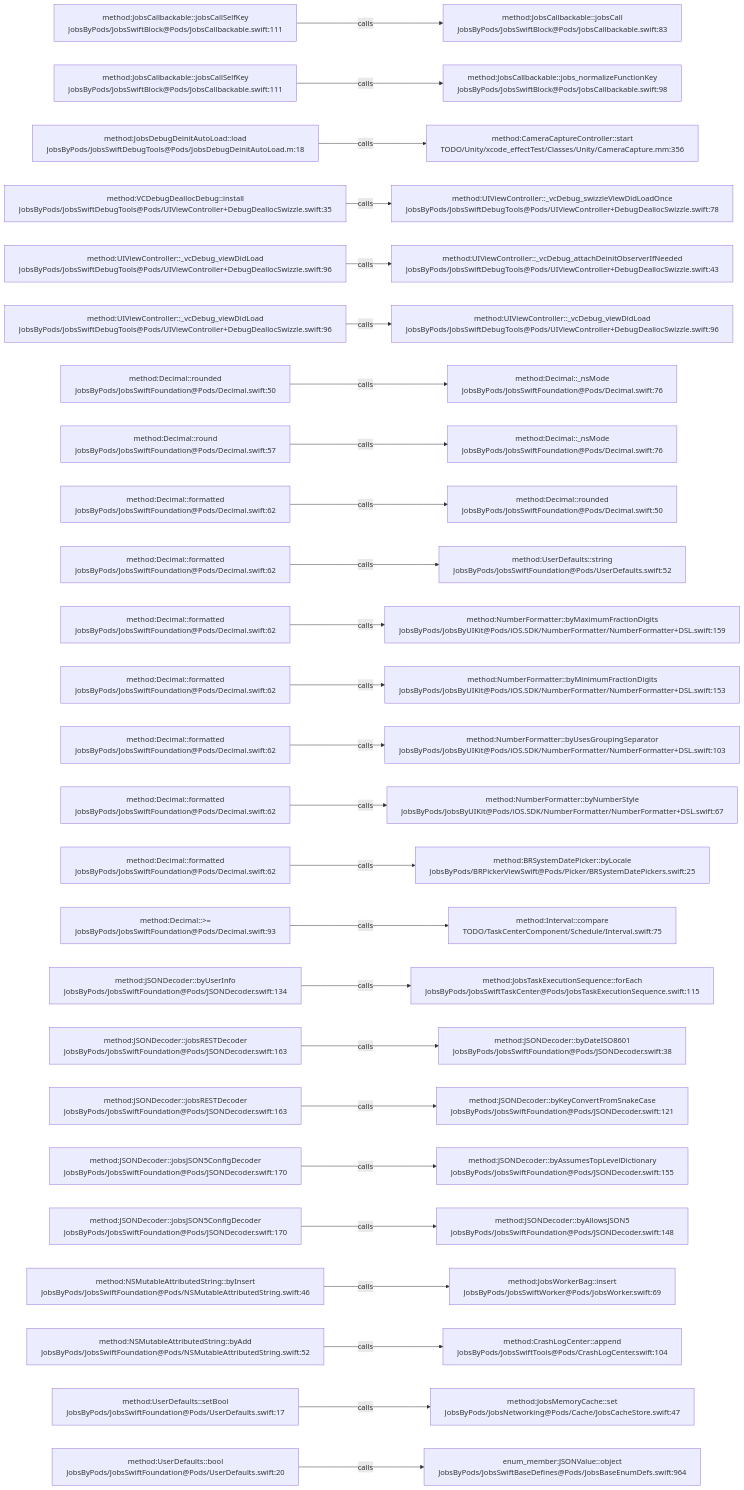
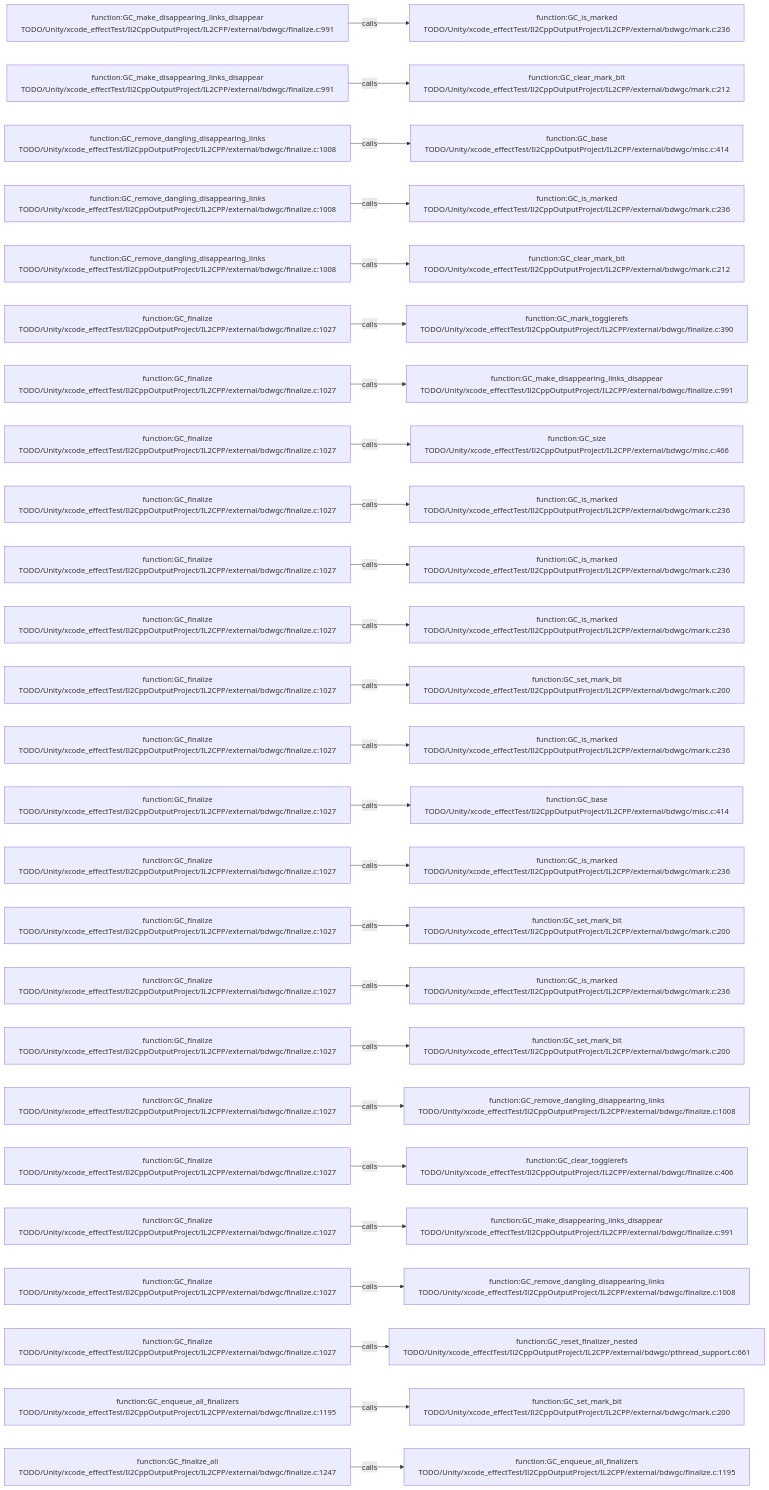
Before and after one commit to JobsKits/JobsSwiftBaseConfigDemo: the diagram in .codegraph/codegraph.md/graphs/calls-177.md, drawn with Mermaid. The commit also changed 569 other files, not shown here.

````diff
--- a/.codegraph/codegraph.md/graphs/calls-177.md
+++ b/.codegraph/codegraph.md/graphs/calls-177.md
@@ -13,78 +13,78 @@
 ```mermaid
 flowchart LR
-  S1["method:JobsCallbackable::jobsCallSelfKey<br/>JobsByPods/JobsSwiftBlock@Pods/JobsCallbackable.swift:111"]
-  T1["method:JobsCallbackable::jobsCall<br/>JobsByPods/JobsSwiftBlock@Pods/JobsCallbackable.swift:83"]
+  S1["function:GC_make_disappearing_links_disappear<br/>TODO/Unity/xcode_effectTest/Il2CppOutputProject/IL2CPP/external/bdwgc/finalize.c:991"]
+  T1["function:GC_is_marked<br/>TODO/Unity/xcode_effectTest/Il2CppOutputProject/IL2CPP/external/bdwgc/mark.c:236"]
   S1 -->|calls| T1
-  S2["method:JobsCallbackable::jobsCallSelfKey<br/>JobsByPods/JobsSwiftBlock@Pods/JobsCallbackable.swift:111"]
-  T2["method:JobsCallbackable::jobs_normalizeFunctionKey<br/>JobsByPods/JobsSwiftBlock@Pods/JobsCallbackable.swift:98"]
+  S2["function:GC_make_disappearing_links_disappear<br/>TODO/Unity/xcode_effectTest/Il2CppOutputProject/IL2CPP/external/bdwgc/finalize.c:991"]
+  T2["function:GC_clear_mark_bit<br/>TODO/Unity/xcode_effectTest/Il2CppOutputProject/IL2CPP/external/bdwgc/mark.c:212"]
   S2 -->|calls| T2
-  S3["method:JobsDebugDeinitAutoLoad::load<br/>JobsByPods/JobsSwiftDebugTools@Pods/JobsDebugDeinitAutoLoad.m:18"]
-  T3["method:CameraCaptureController::start<br/>TODO/Unity/xcode_effectTest/Classes/Unity/CameraCapture.mm:356"]
+  S3["function:GC_remove_dangling_disappearing_links<br/>TODO/Unity/xcode_effectTest/Il2CppOutputProject/IL2CPP/external/bdwgc/finalize.c:1008"]
+  T3["function:GC_base<br/>TODO/Unity/xcode_effectTest/Il2CppOutputProject/IL2CPP/external/bdwgc/misc.c:414"]
   S3 -->|calls| T3
-  S4["method:VCDebugDeallocDebug::install<br/>JobsByPods/JobsSwiftDebugTools@Pods/UIViewController+DebugDeallocSwizzle.swift:35"]
-  T4["method:UIViewController::_vcDebug_swizzleViewDidLoadOnce<br/>JobsByPods/JobsSwiftDebugTools@Pods/UIViewController+DebugDeallocSwizzle.swift:78"]
+  S4["function:GC_remove_dangling_disappearing_links<br/>TODO/Unity/xcode_effectTest/Il2CppOutputProject/IL2CPP/external/bdwgc/finalize.c:1008"]
+  T4["function:GC_is_marked<br/>TODO/Unity/xcode_effectTest/Il2CppOutputProject/IL2CPP/external/bdwgc/mark.c:236"]
   S4 -->|calls| T4
-  S5["method:UIViewController::_vcDebug_viewDidLoad<br/>JobsByPods/JobsSwiftDebugTools@Pods/UIViewController+DebugDeallocSwizzle.swift:96"]
-  T5["method:UIViewController::_vcDebug_attachDeinitObserverIfNeeded<br/>JobsByPods/JobsSwiftDebugTools@Pods/UIViewController+DebugDeallocSwizzle.swift:43"]
+  S5["function:GC_remove_dangling_disappearing_links<br/>TODO/Unity/xcode_effectTest/Il2CppOutputProject/IL2CPP/external/bdwgc/finalize.c:1008"]
+  T5["function:GC_clear_mark_bit<br/>TODO/Unity/xcode_effectTest/Il2CppOutputProject/IL2CPP/external/bdwgc/mark.c:212"]
   S5 -->|calls| T5
-  S6["method:UIViewController::_vcDebug_viewDidLoad<br/>JobsByPods/JobsSwiftDebugTools@Pods/UIViewController+DebugDeallocSwizzle.swift:96"]
-  T6["method:UIViewController::_vcDebug_viewDidLoad<br/>JobsByPods/JobsSwiftDebugTools@Pods/UIViewController+DebugDeallocSwizzle.swift:96"]
+  S6["function:GC_finalize<br/>TODO/Unity/xcode_effectTest/Il2CppOutputProject/IL2CPP/external/bdwgc/finalize.c:1027"]
+  T6["function:GC_mark_togglerefs<br/>TODO/Unity/xcode_effectTest/Il2CppOutputProject/IL2CPP/external/bdwgc/finalize.c:390"]
   S6 -->|calls| T6
-  S7["method:Decimal::rounded<br/>JobsByPods/JobsSwiftFoundation@Pods/Decimal.swift:50"]
-  T7["method:Decimal::_nsMode<br/>JobsByPods/JobsSwiftFoundation@Pods/Decimal.swift:76"]
+  S7["function:GC_finalize<br/>TODO/Unity/xcode_effectTest/Il2CppOutputProject/IL2CPP/external/bdwgc/finalize.c:1027"]
+  T7["function:GC_make_disappearing_links_disappear<br/>TODO/Unity/xcode_effectTest/Il2CppOutputProject/IL2CPP/external/bdwgc/finalize.c:991"]
   S7 -->|calls| T7
-  S8["method:Decimal::round<br/>JobsByPods/JobsSwiftFoundation@Pods/Decimal.swift:57"]
-  T8["method:Decimal::_nsMode<br/>JobsByPods/JobsSwiftFoundation@Pods/Decimal.swift:76"]
+  S8["function:GC_finalize<br/>TODO/Unity/xcode_effectTest/Il2CppOutputProject/IL2CPP/external/bdwgc/finalize.c:1027"]
+  T8["function:GC_size<br/>TODO/Unity/xcode_effectTest/Il2CppOutputProject/IL2CPP/external/bdwgc/misc.c:466"]
   S8 -->|calls| T8
-  S9["method:Decimal::formatted<br/>JobsByPods/JobsSwiftFoundation@Pods/Decimal.swift:62"]
-  T9["method:Decimal::rounded<br/>JobsByPods/JobsSwiftFoundation@Pods/Decimal.swift:50"]
+  S9["function:GC_finalize<br/>TODO/Unity/xcode_effectTest/Il2CppOutputProject/IL2CPP/external/bdwgc/finalize.c:1027"]
+  T9["function:GC_is_marked<br/>TODO/Unity/xcode_effectTest/Il2CppOutputProject/IL2CPP/external/bdwgc/mark.c:236"]
   S9 -->|calls| T9
-  S10["method:Decimal::formatted<br/>JobsByPods/JobsSwiftFoundation@Pods/Decimal.swift:62"]
-  T10["method:UserDefaults::string<br/>JobsByPods/JobsSwiftFoundation@Pods/UserDefaults.swift:52"]
+  S10["function:GC_finalize<br/>TODO/Unity/xcode_effectTest/Il2CppOutputProject/IL2CPP/external/bdwgc/finalize.c:1027"]
+  T10["function:GC_is_marked<br/>TODO/Unity/xcode_effectTest/Il2CppOutputProject/IL2CPP/external/bdwgc/mark.c:236"]
   S10 -->|calls| T10
-  S11["method:Decimal::formatted<br/>JobsByPods/JobsSwiftFoundation@Pods/Decimal.swift:62"]
-  T11["method:NumberFormatter::byMaximumFractionDigits<br/>JobsByPods/JobsByUIKit@Pods/iOS.SDK/NumberFormatter/NumberFormatter+DSL.swift:159"]
+  S11["function:GC_finalize<br/>TODO/Unity/xcode_effectTest/Il2CppOutputProject/IL2CPP/external/bdwgc/finalize.c:1027"]
+  T11["function:GC_is_marked<br/>TODO/Unity/xcode_effectTest/Il2CppOutputProject/IL2CPP/external/bdwgc/mark.c:236"]
   S11 -->|calls| T11
-  S12["method:Decimal::formatted<br/>JobsByPods/JobsSwiftFoundation@Pods/Decimal.swift:62"]
-  T12["method:NumberFormatter::byMinimumFractionDigits<br/>JobsByPods/JobsByUIKit@Pods/iOS.SDK/NumberFormatter/NumberFormatter+DSL.swift:153"]
+  S12["function:GC_finalize<br/>TODO/Unity/xcode_effectTest/Il2CppOutputProject/IL2CPP/external/bdwgc/finalize.c:1027"]
+  T12["function:GC_set_mark_bit<br/>TODO/Unity/xcode_effectTest/Il2CppOutputProject/IL2CPP/external/bdwgc/mark.c:200"]
   S12 -->|calls| T12
-  S13["method:Decimal::formatted<br/>JobsByPods/JobsSwiftFoundation@Pods/Decimal.swift:62"]
-  T13["method:NumberFormatter::byUsesGroupingSeparator<br/>JobsByPods/JobsByUIKit@Pods/iOS.SDK/NumberFormatter/NumberFormatter+DSL.swift:103"]
+  S13["function:GC_finalize<br/>TODO/Unity/xcode_effectTest/Il2CppOutputProject/IL2CPP/external/bdwgc/finalize.c:1027"]
+  T13["function:GC_is_marked<br/>TODO/Unity/xcode_effectTest/Il2CppOutputProject/IL2CPP/external/bdwgc/mark.c:236"]
   S13 -->|calls| T13
-  S14["method:Decimal::formatted<br/>JobsByPods/JobsSwiftFoundation@Pods/Decimal.swift:62"]
-  T14["method:NumberFormatter::byNumberStyle<br/>JobsByPods/JobsByUIKit@Pods/iOS.SDK/NumberFormatter/NumberFormatter+DSL.swift:67"]
+  S14["function:GC_finalize<br/>TODO/Unity/xcode_effectTest/Il2CppOutputProject/IL2CPP/external/bdwgc/finalize.c:1027"]
+  T14["function:GC_base<br/>TODO/Unity/xcode_effectTest/Il2CppOutputProject/IL2CPP/external/bdwgc/misc.c:414"]
   S14 -->|calls| T14
-  S15["method:Decimal::formatted<br/>JobsByPods/JobsSwiftFoundation@Pods/Decimal.swift:62"]
-  T15["method:BRSystemDatePicker::byLocale<br/>JobsByPods/BRPickerViewSwift@Pods/Picker/BRSystemDatePickers.swift:25"]
+  S15["function:GC_finalize<br/>TODO/Unity/xcode_effectTest/Il2CppOutputProject/IL2CPP/external/bdwgc/finalize.c:1027"]
+  T15["function:GC_is_marked<br/>TODO/Unity/xcode_effectTest/Il2CppOutputProject/IL2CPP/external/bdwgc/mark.c:236"]
   S15 -->|calls| T15
-  S16["method:Decimal::>=<br/>JobsByPods/JobsSwiftFoundation@Pods/Decimal.swift:93"]
-  T16["method:Interval::compare<br/>TODO/TaskCenterComponent/Schedule/Interval.swift:75"]
+  S16["function:GC_finalize<br/>TODO/Unity/xcode_effectTest/Il2CppOutputProject/IL2CPP/external/bdwgc/finalize.c:1027"]
+  T16["function:GC_set_mark_bit<br/>TODO/Unity/xcode_effectTest/Il2CppOutputProject/IL2CPP/external/bdwgc/mark.c:200"]
   S16 -->|calls| T16
-  S17["method:JSONDecoder::byUserInfo<br/>JobsByPods/JobsSwiftFoundation@Pods/JSONDecoder.swift:134"]
-  T17["method:JobsTaskExecutionSequence::forEach<br/>JobsByPods/JobsSwiftTaskCenter@Pods/JobsTaskExecutionSequence.swift:115"]
+  S17["function:GC_finalize<br/>TODO/Unity/xcode_effectTest/Il2CppOutputProject/IL2CPP/external/bdwgc/finalize.c:1027"]
+  T17["function:GC_is_marked<br/>TODO/Unity/xcode_effectTest/Il2CppOutputProject/IL2CPP/external/bdwgc/mark.c:236"]
   S17 -->|calls| T17
-  S18["method:JSONDecoder::jobsRESTDecoder<br/>JobsByPods/JobsSwiftFoundation@Pods/JSONDecoder.swift:163"]
-  T18["method:JSONDecoder::byDateISO8601<br/>JobsByPods/JobsSwiftFoundation@Pods/JSONDecoder.swift:38"]
+  S18["function:GC_finalize<br/>TODO/Unity/xcode_effectTest/Il2CppOutputProject/IL2CPP/external/bdwgc/finalize.c:1027"]
+  T18["function:GC_set_mark_bit<br/>TODO/Unity/xcode_effectTest/Il2CppOutputProject/IL2CPP/external/bdwgc/mark.c:200"]
   S18 -->|calls| T18
-  S19["method:JSONDecoder::jobsRESTDecoder<br/>JobsByPods/JobsSwiftFoundation@Pods/JSONDecoder.swift:163"]
-  T19["method:JSONDecoder::byKeyConvertFromSnakeCase<br/>JobsByPods/JobsSwiftFoundation@Pods/JSONDecoder.swift:121"]
+  S19["function:GC_finalize<br/>TODO/Unity/xcode_effectTest/Il2CppOutputProject/IL2CPP/external/bdwgc/finalize.c:1027"]
+  T19["function:GC_remove_dangling_disappearing_links<br/>TODO/Unity/xcode_effectTest/Il2CppOutputProject/IL2CPP/external/bdwgc/finalize.c:1008"]
   S19 -->|calls| T19
-  S20["method:JSONDecoder::jobsJSON5ConfigDecoder<br/>JobsByPods/JobsSwiftFoundation@Pods/JSONDecoder.swift:170"]
-  T20["method:JSONDecoder::byAssumesTopLevelDictionary<br/>JobsByPods/JobsSwiftFoundation@Pods/JSONDecoder.swift:155"]
+  S20["function:GC_finalize<br/>TODO/Unity/xcode_effectTest/Il2CppOutputProject/IL2CPP/external/bdwgc/finalize.c:1027"]
+  T20["function:GC_clear_togglerefs<br/>TODO/Unity/xcode_effectTest/Il2CppOutputProject/IL2CPP/external/bdwgc/finalize.c:406"]
   S20 -->|calls| T20
-  S21["method:JSONDecoder::jobsJSON5ConfigDecoder<br/>JobsByPods/JobsSwiftFoundation@Pods/JSONDecoder.swift:170"]
-  T21["method:JSONDecoder::byAllowsJSON5<br/>JobsByPods/JobsSwiftFoundation@Pods/JSONDecoder.swift:148"]
+  S21["function:GC_finalize<br/>TODO/Unity/xcode_effectTest/Il2CppOutputProject/IL2CPP/external/bdwgc/finalize.c:1027"]
+  T21["function:GC_make_disappearing_links_disappear<br/>TODO/Unity/xcode_effectTest/Il2CppOutputProject/IL2CPP/external/bdwgc/finalize.c:991"]
   S21 -->|calls| T21
-  S22["method:NSMutableAttributedString::byInsert<br/>JobsByPods/JobsSwiftFoundation@Pods/NSMutableAttributedString.swift:46"]
-  T22["method:JobsWorkerBag::insert<br/>JobsByPods/JobsSwiftWorker@Pods/JobsWorker.swift:69"]
+  S22["function:GC_finalize<br/>TODO/Unity/xcode_effectTest/Il2CppOutputProject/IL2CPP/external/bdwgc/finalize.c:1027"]
+  T22["function:GC_remove_dangling_disappearing_links<br/>TODO/Unity/xcode_effectTest/Il2CppOutputProject/IL2CPP/external/bdwgc/finalize.c:1008"]
   S22 -->|calls| T22
-  S23["method:NSMutableAttributedString::byAdd<br/>JobsByPods/JobsSwiftFoundation@Pods/NSMutableAttributedString.swift:52"]
-  T23["method:CrashLogCenter::append<br/>JobsByPods/JobsSwiftTools@Pods/CrashLogCenter.swift:104"]
+  S23["function:GC_finalize<br/>TODO/Unity/xcode_effectTest/Il2CppOutputProject/IL2CPP/external/bdwgc/finalize.c:1027"]
+  T23["function:GC_reset_finalizer_nested<br/>TODO/Unity/xcode_effectTest/Il2CppOutputProject/IL2CPP/external/bdwgc/pthread_support.c:661"]
   S23 -->|calls| T23
-  S24["method:UserDefaults::setBool<br/>JobsByPods/JobsSwiftFoundation@Pods/UserDefaults.swift:17"]
-  T24["method:JobsMemoryCache::set<br/>JobsByPods/JobsNetworking@Pods/Cache/JobsCacheStore.swift:47"]
+  S24["function:GC_enqueue_all_finalizers<br/>TODO/Unity/xcode_effectTest/Il2CppOutputProject/IL2CPP/external/bdwgc/finalize.c:1195"]
+  T24["function:GC_set_mark_bit<br/>TODO/Unity/xcode_effectTest/Il2CppOutputProject/IL2CPP/external/bdwgc/mark.c:200"]
   S24 -->|calls| T24
-  S25["method:UserDefaults::bool<br/>JobsByPods/JobsSwiftFoundation@Pods/UserDefaults.swift:20"]
-  T25["enum_member:JSONValue::object<br/>JobsByPods/JobsSwiftBaseDefines@Pods/JobsBaseEnumDefs.swift:964"]
+  S25["function:GC_finalize_all<br/>TODO/Unity/xcode_effectTest/Il2CppOutputProject/IL2CPP/external/bdwgc/finalize.c:1247"]
+  T25["function:GC_enqueue_all_finalizers<br/>TODO/Unity/xcode_effectTest/Il2CppOutputProject/IL2CPP/external/bdwgc/finalize.c:1195"]
   S25 -->|calls| T25
 ```
````
